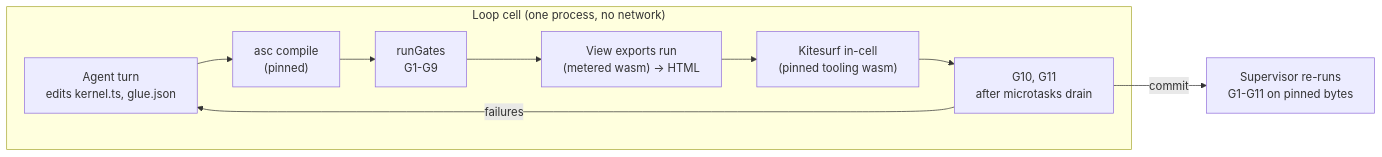
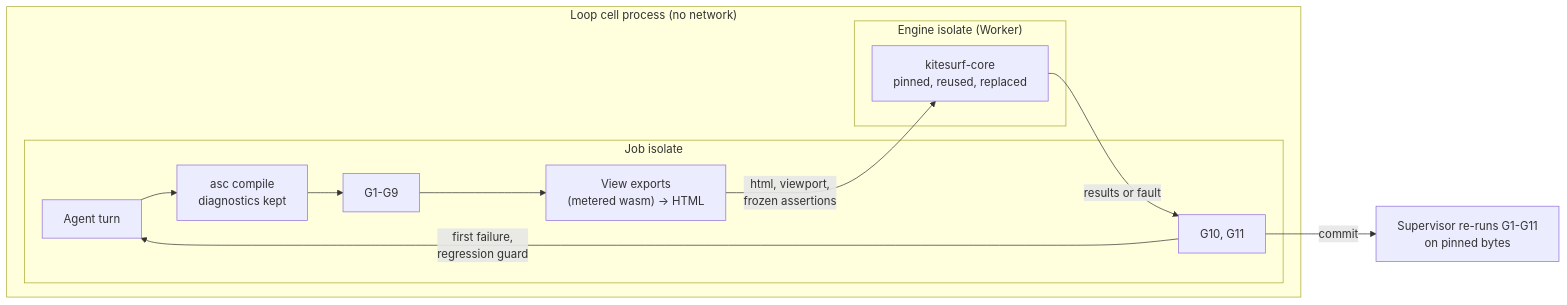
Before and after one commit to Akilleez-QA/endoforge: the diagram in docs/architecture/render-gates.md, drawn with Mermaid. The commit also changed other lines of this file and 2 other files, not shown here.

````diff
--- a/docs/architecture/render-gates.md
+++ b/docs/architecture/render-gates.md
@@ -19,12 +18,17 @@
 ```mermaid
 flowchart LR
-  subgraph cell["Loop cell (one process, no network)"]
-    turn["Agent turn<br/>edits kernel.ts, glue.json"] --> compile["asc compile<br/>(pinned)"]
-    compile --> gates["runGates<br/>G1-G9"]
-    gates --> views["View exports run<br/>(metered wasm) -> HTML"]
-    views --> render["Kitesurf in-cell<br/>(pinned tooling wasm)"]
-    render --> verdict["G10, G11<br/>after microtasks drain"]
-    verdict -->|failures| turn
+  subgraph proc["Loop cell process (no network)"]
+    subgraph job["Job isolate"]
+      turn["Agent turn"] --> asc["asc compile<br/>diagnostics kept"]
+      asc --> gates["G1-G9"]
+      gates --> views["View exports<br/>(metered wasm) -> HTML"]
+      verdict["G10, G11"] -->|first failure,<br/>regression guard| turn
+    end
+    subgraph ks["Engine isolate (Worker)"]
+      engine["kitesurf-core<br/>pinned, reused, replaced"]
+    end
+    views -->|html, viewport,<br/>frozen assertions| engine
+    engine -->|results or fault| verdict
   end
-  verdict -->|commit| sup["Supervisor re-runs<br/>G1-G11 on pinned bytes"]
+  verdict -->|commit| sup["Supervisor re-runs G1-G11<br/>on pinned bytes"]
 ```
````
